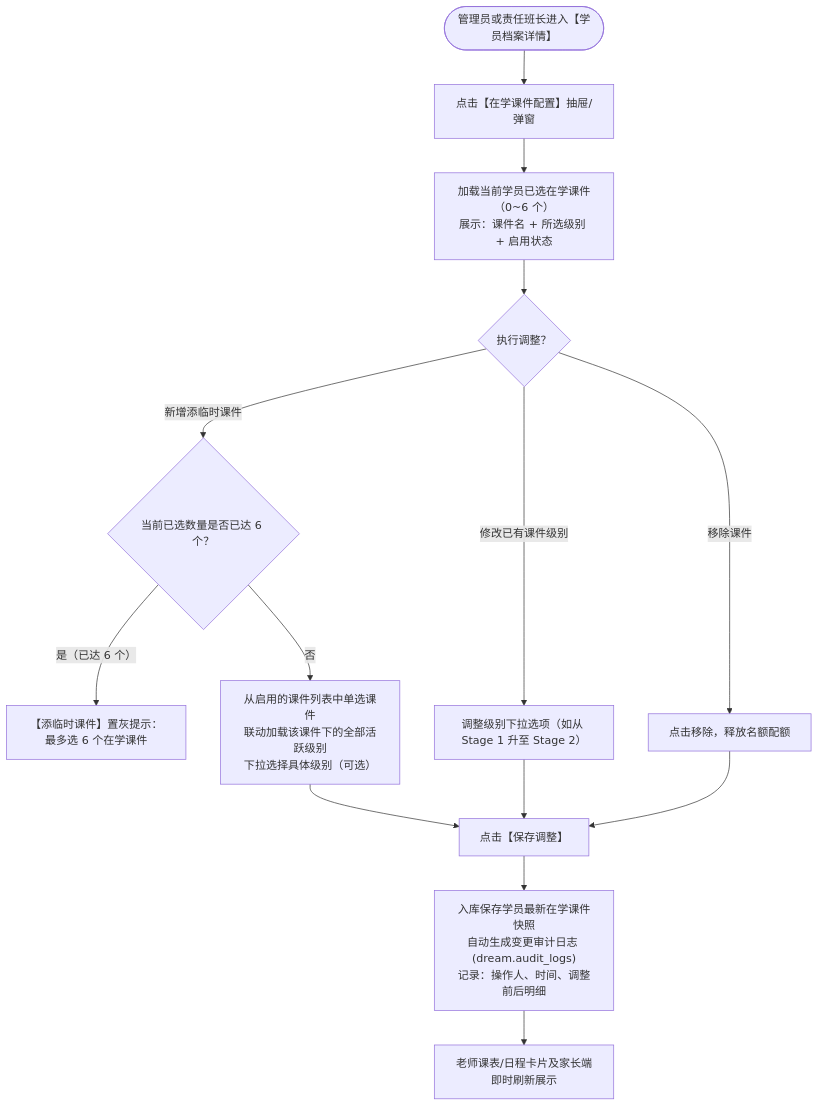
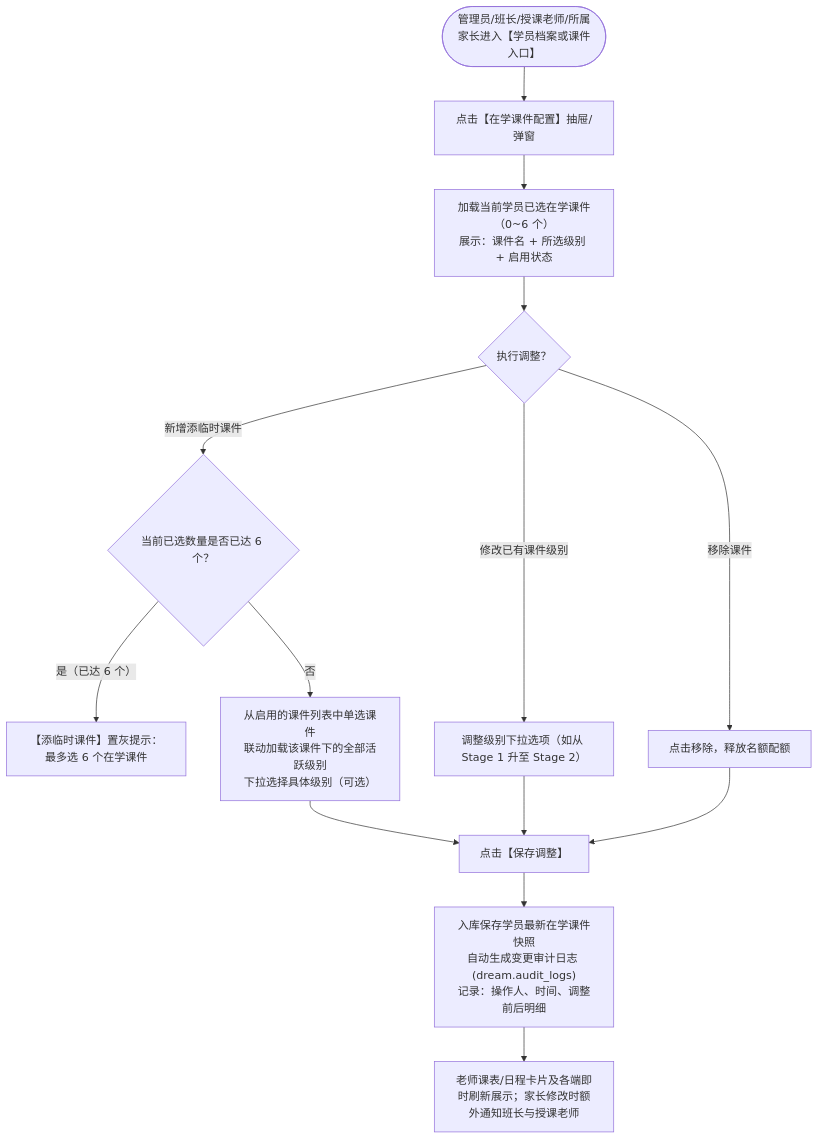
The second of 4 diagrams in docs/prd/m1e_courseware.md (Onezao/dream), drawn with Mermaid before and after one commit. The commit also changed other lines of this file and 31 other files, not shown here.

Commit message:
docs(prd,prototype): unify price tier terminology, align M0 reuse rules, and refine M3A/M3D scheduling flows

````diff
--- a/docs/prd/m1e_courseware.md
+++ b/docs/prd/m1e_courseware.md
@@ -88,21 +88,21 @@
 ```mermaid
 flowchart TD
-    MonitorStart(["管理员或责任班长进入【学员档案详情】"]) --> OpenCoursewareDrawer["点击【在学课件配置】抽屉/弹窗"]
+    MonitorStart(["管理员/班长/授课老师/所属家长进入【学员档案或课件入口】"]) --> OpenCoursewareDrawer["点击【在学课件配置】抽屉/弹窗"]
     OpenCoursewareDrawer --> LoadActiveList["加载当前学员已选在学课件（0~6 个）<br/>展示：课件名 + 所选级别 + 启用状态"]
     
     LoadActiveList --> EditAction{"执行调整？"}
     
     EditAction -->|"新增添临时课件"| CheckLimit{"当前已选数量是否已达 6 个？"}
     CheckLimit -->|"是（已达 6 个）"| DisableAdd["【添临时课件】置灰提示：最多选 6 个在学课件"]
     CheckLimit -->|"否"| SelectCourseware["从启用的课件列表中单选课件<br/>联动加载该课件下的全部活跃级别<br/>下拉选择具体级别（可选）"]
     
     EditAction -->|"修改已有课件级别"| ChangeLevel["调整级别下拉选项（如从 Stage 1 升至 Stage 2）"]
     EditAction -->|"移除课件"| RemoveItem["点击移除，释放名额配额"]
     
     SelectCourseware --> ConfirmSave["点击【保存调整】"]
     ChangeLevel --> ConfirmSave
     RemoveItem --> ConfirmSave
     
     ConfirmSave --> SaveAuditLog["入库保存学员最新在学课件快照<br/>自动生成变更审计日志 (dream.audit_logs)<br/>记录：操作人、时间、调整前后明细"]
-    SaveAuditLog --> BroadcastUpdate["老师课表/日程卡片及家长端即时刷新展示"]
+    SaveAuditLog --> BroadcastUpdate["老师课表/日程卡片及各端即时刷新展示；家长修改时额外通知班长与授课老师"]
 ```
````
